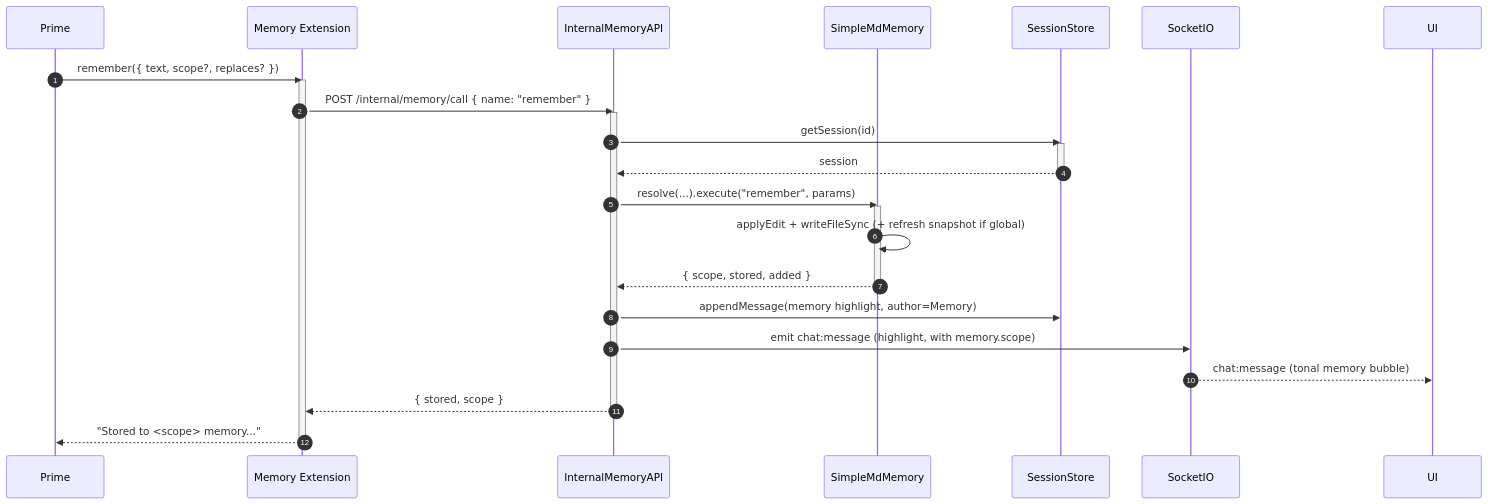
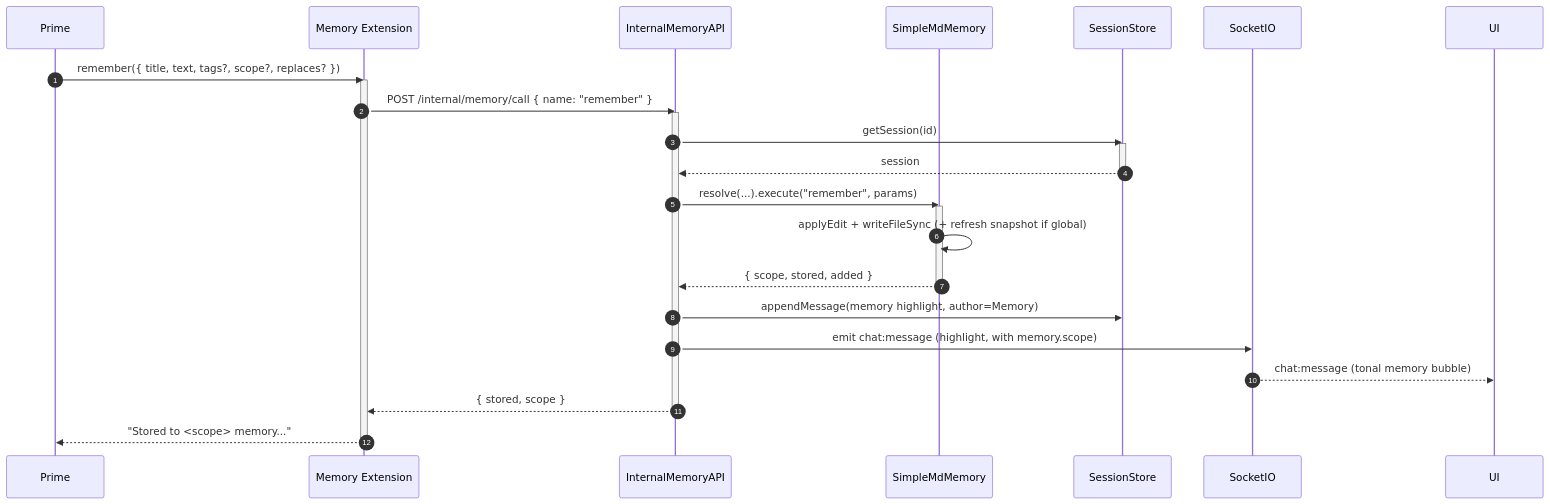
Before and after one commit to TangleML/tangent-shell: the first of 2 diagrams in docs/server/memory.md, drawn with Mermaid. The commit also changed other lines of this file and 41 other files, not shown here.

````diff
--- a/docs/server/memory.md
+++ b/docs/server/memory.md
@@ -227,32 +330,32 @@
 ```mermaid
 sequenceDiagram
   autonumber
   participant Prime
   participant Ext as Memory Extension
   participant Internal as InternalMemoryAPI
   participant Memory as SimpleMdMemory
   participant Store as SessionStore
   participant Socket as SocketIO
   participant UI
 
-  Prime->>Ext: remember({ text, scope?, replaces? })
+  Prime->>Ext: remember({ title, text, tags?, scope?, replaces? })
   activate Ext
   Ext->>Internal: POST /internal/memory/call { name: "remember" }
   activate Internal
   Internal->>Store: getSession(id)
   activate Store
   Store-->>Internal: session
   deactivate Store
   Internal->>Memory: resolve(...).execute("remember", params)
   activate Memory
   Memory->>Memory: applyEdit + writeFileSync (+ refresh snapshot if global)
   Memory-->>Internal: { scope, stored, added }
   deactivate Memory
   Internal->>Store: appendMessage(memory highlight, author=Memory)
   Internal->>Socket: emit chat:message (highlight, with memory.scope)
   Socket-->>UI: chat:message (tonal memory bubble)
   Internal-->>Ext: { stored, scope }
   deactivate Internal
   Ext-->>Prime: "Stored to <scope> memory..."
   deactivate Ext
 ```
````
